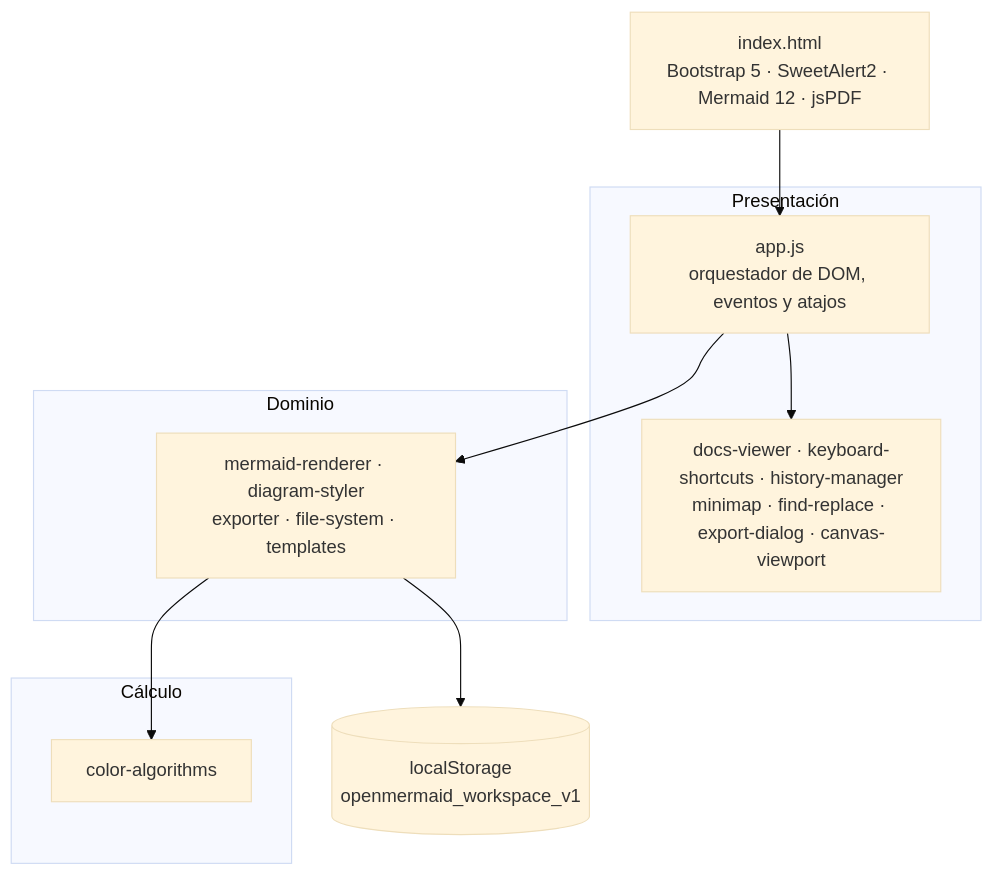
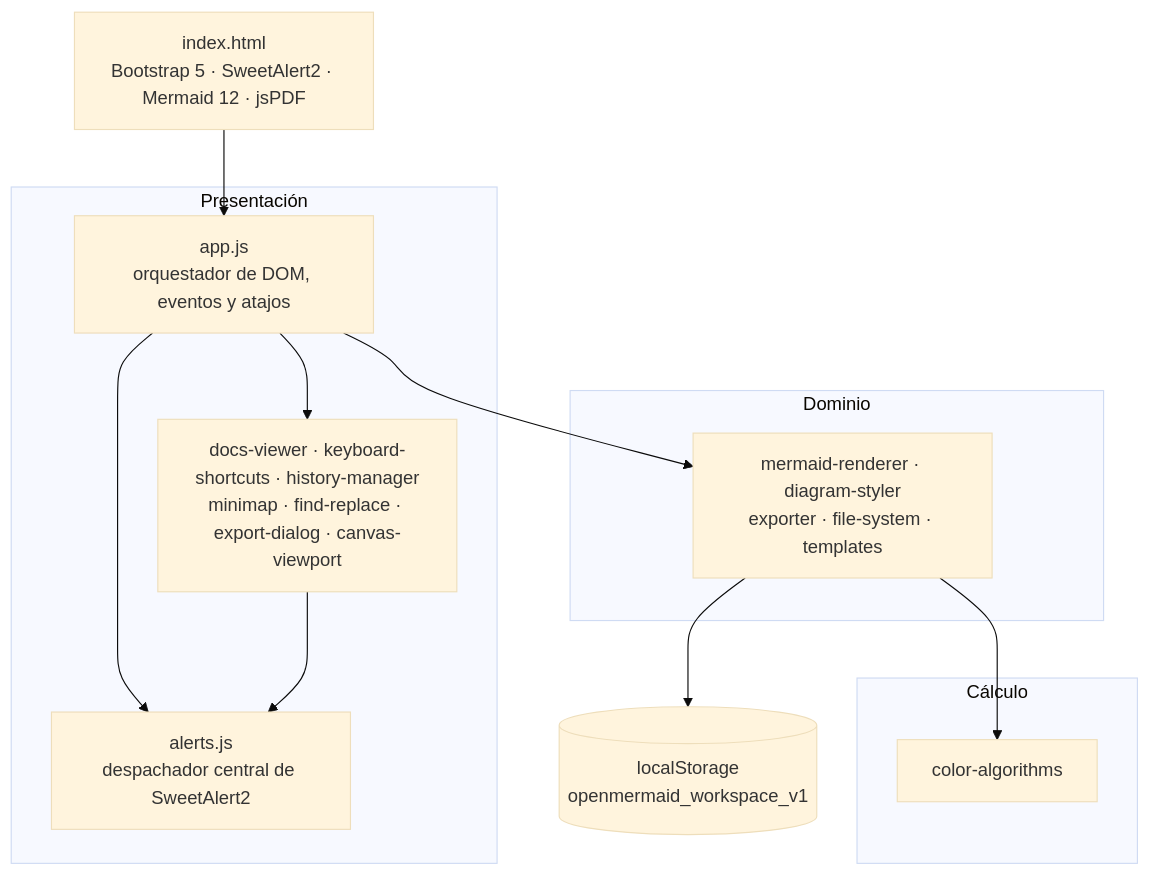
Before and after one commit to KevinGil12C/mermaid: the diagram in README.md, drawn with Mermaid (base theme). The commit also changed other lines of this file and 9 other files, not shown here.

````diff
--- a/README.md
+++ b/README.md
@@ -138,25 +156,28 @@
 ```mermaid
 flowchart TB
   IDX["index.html<br/>Bootstrap 5 · SweetAlert2 · Mermaid 12 · jsPDF"]
 
   subgraph Presentación
     APP["app.js<br/>orquestador de DOM, eventos y atajos"]
     UI["docs-viewer · keyboard-shortcuts · history-manager<br/>minimap · find-replace · export-dialog · canvas-viewport"]
+    FEEDBACK["alerts.js<br/>despachador central de SweetAlert2"]
   end
 
   subgraph Dominio
     CORE["mermaid-renderer · diagram-styler<br/>exporter · file-system · templates"]
   end
 
   subgraph Cálculo
     COLOR["color-algorithms"]
   end
 
   LS[("localStorage<br/>openmermaid_workspace_v1")]
 
   IDX --> APP
   APP --> UI
+  APP --> FEEDBACK
+  UI --> FEEDBACK
   APP --> CORE
   CORE --> COLOR
   CORE --> LS
 ```
````
